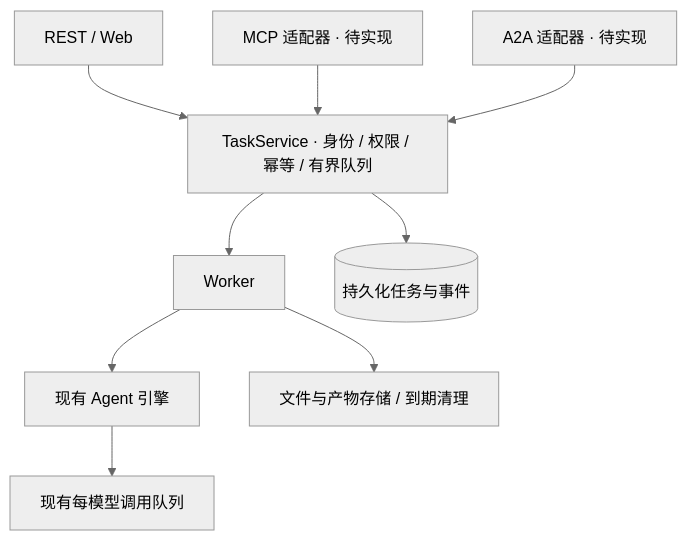
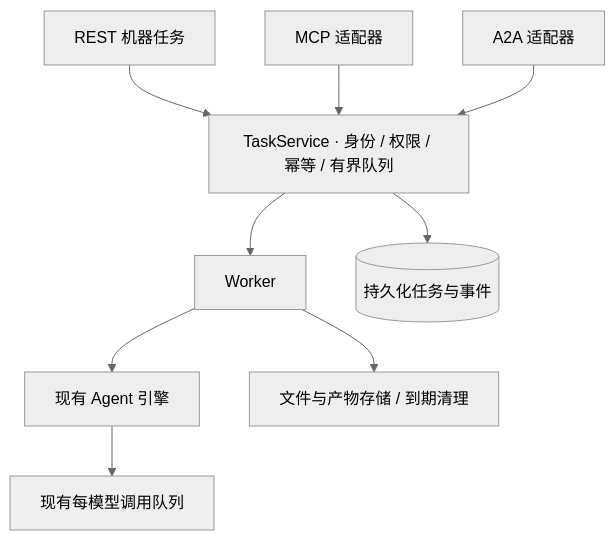
One commit to umeiko/UmEkO changed the second of 2 diagrams in docs/architecture/index.md. Above: the diagram before and after it, drawn with Mermaid (neutral theme). The commit also changed other lines of this file and 47 other files, not shown here.

````diff
--- a/docs/architecture/index.md
+++ b/docs/architecture/index.md
@@ -45,11 +45,11 @@
 ```mermaid
 flowchart TB
-    R[REST / Web] --> T
-    M[MCP 适配器 · 待实现] --> T
-    A[A2A 适配器 · 待实现] --> T
+    R[REST 机器任务] --> T
+    M[MCP 适配器] --> T
+    A[A2A 适配器] --> T
     T[TaskService · 身份 / 权限 / 幂等 / 有界队列] --> W[Worker]
     T --> D[(持久化任务与事件)]
     W --> E[现有 Agent 引擎]
     W --> F[文件与产物存储 / 到期清理]
     E --> Q[现有每模型调用队列]
 ```
````
